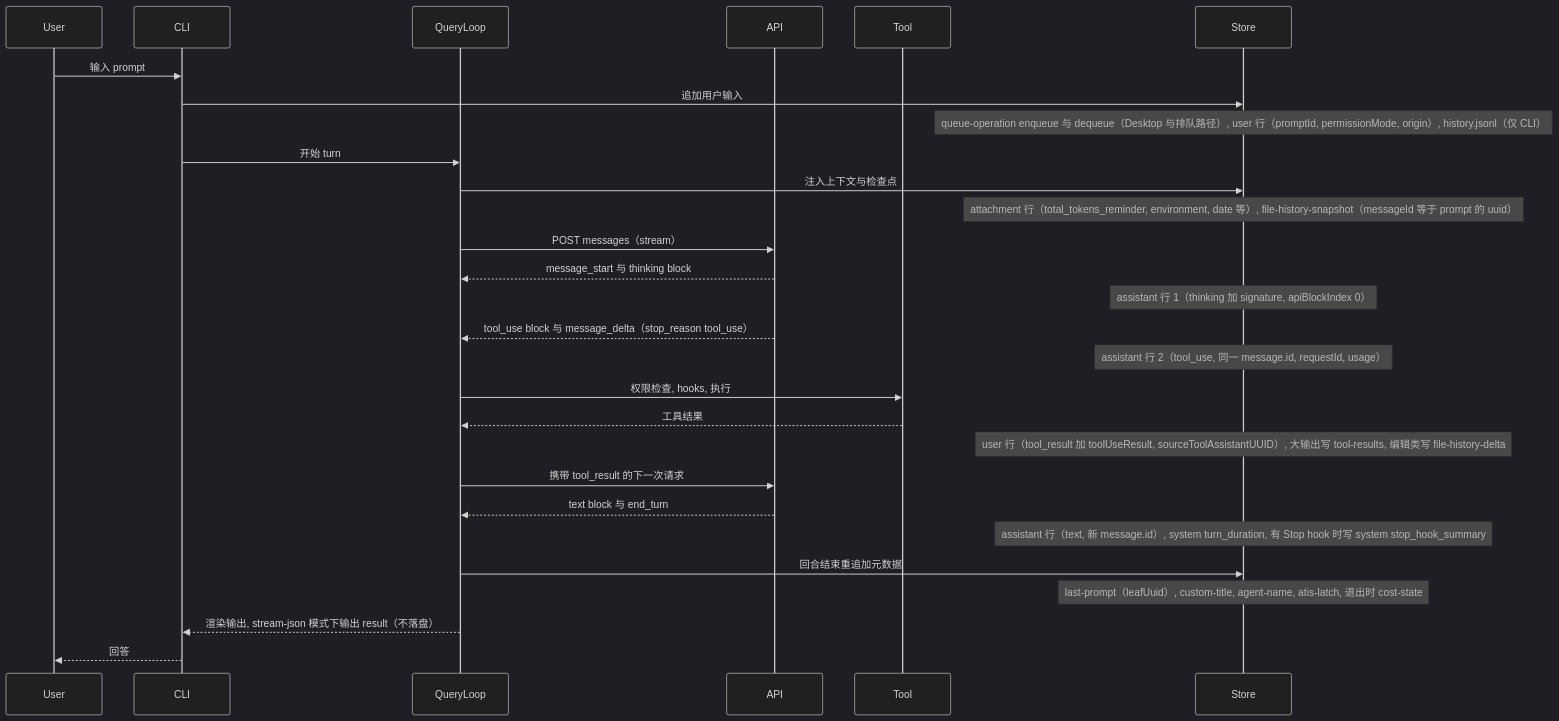
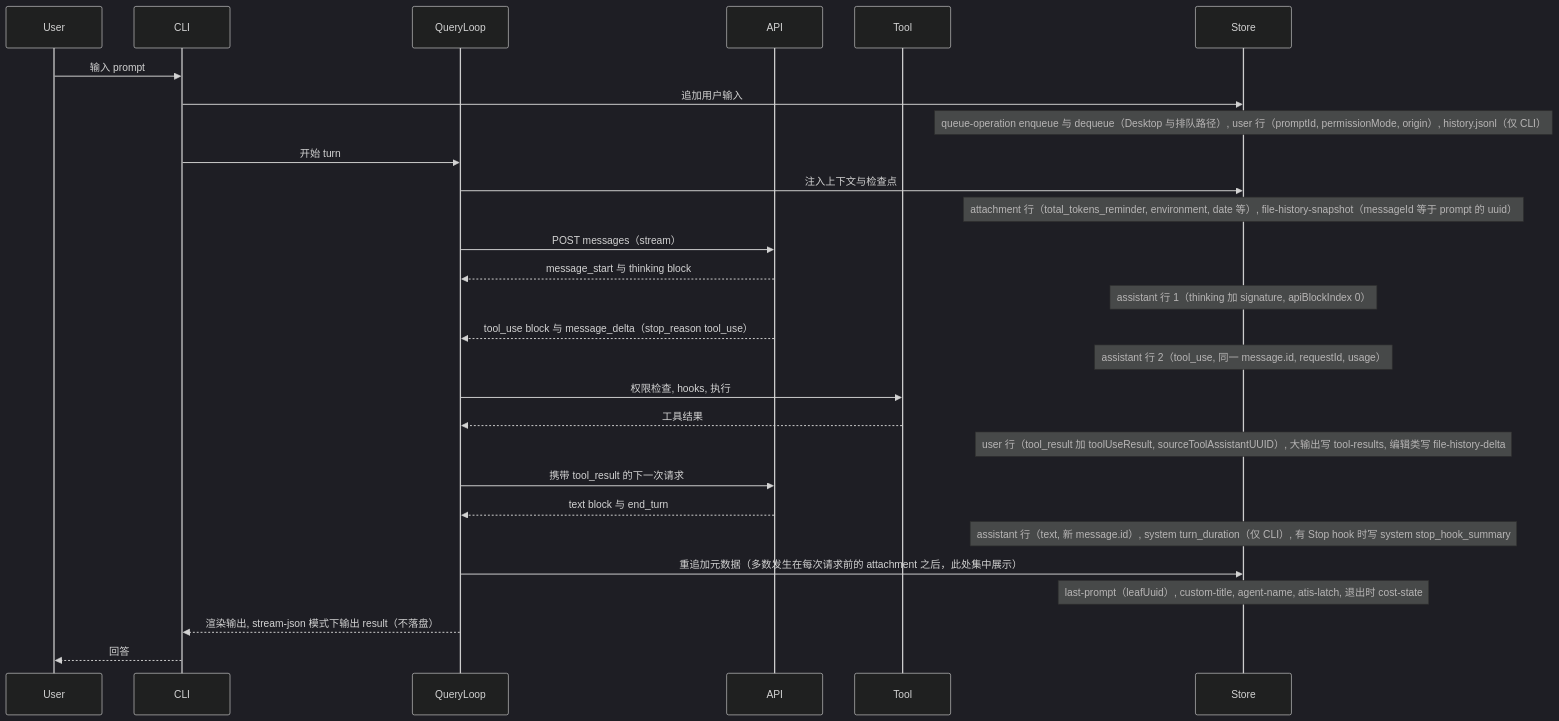
One commit to Orbit-Labs-AI/Orbit-Zhiyin changed the second of 4 diagrams in docs/research/agent-sessions/claude-code.md. Above: the diagram before and after it, drawn with Mermaid (dark theme). The commit also changed other lines of this file, not shown here.

````diff
--- a/docs/research/agent-sessions/claude-code.md
+++ b/docs/research/agent-sessions/claude-code.md
@@ -111,30 +111,30 @@
 ```mermaid
 sequenceDiagram
     participant User
     participant CLI
     participant QL as QueryLoop
     participant API
     participant Tool
     participant Store
     User->>CLI: 输入 prompt
     CLI->>Store: 追加用户输入
     Note over Store: queue-operation enqueue 与 dequeue（Desktop 与排队路径）, user 行（promptId, permissionMode, origin）, history.jsonl（仅 CLI）
     CLI->>QL: 开始 turn
     QL->>Store: 注入上下文与检查点
     Note over Store: attachment 行（total_tokens_reminder, environment, date 等）, file-history-snapshot（messageId 等于 prompt 的 uuid）
     QL->>API: POST messages（stream）
     API-->>QL: message_start 与 thinking block
     Note over Store: assistant 行 1（thinking 加 signature, apiBlockIndex 0）
     API-->>QL: tool_use block 与 message_delta（stop_reason tool_use）
     Note over Store: assistant 行 2（tool_use, 同一 message.id, requestId, usage）
     QL->>Tool: 权限检查, hooks, 执行
     Tool-->>QL: 工具结果
     Note over Store: user 行（tool_result 加 toolUseResult, sourceToolAssistantUUID）, 大输出写 tool-results, 编辑类写 file-history-delta
     QL->>API: 携带 tool_result 的下一次请求
     API-->>QL: text block 与 end_turn
-    Note over Store: assistant 行（text, 新 message.id）, system turn_duration, 有 Stop hook 时写 system stop_hook_summary
-    QL->>Store: 回合结束重追加元数据
+    Note over Store: assistant 行（text, 新 message.id）, system turn_duration（仅 CLI）, 有 Stop hook 时写 system stop_hook_summary
+    QL->>Store: 重追加元数据（多数发生在每次请求前的 attachment 之后，此处集中展示）
     Note over Store: last-prompt（leafUuid）, custom-title, agent-name, atis-latch, 退出时 cost-state
     QL-->>CLI: 渲染输出, stream-json 模式下输出 result（不落盘）
     CLI-->>User: 回答
 ```
````
